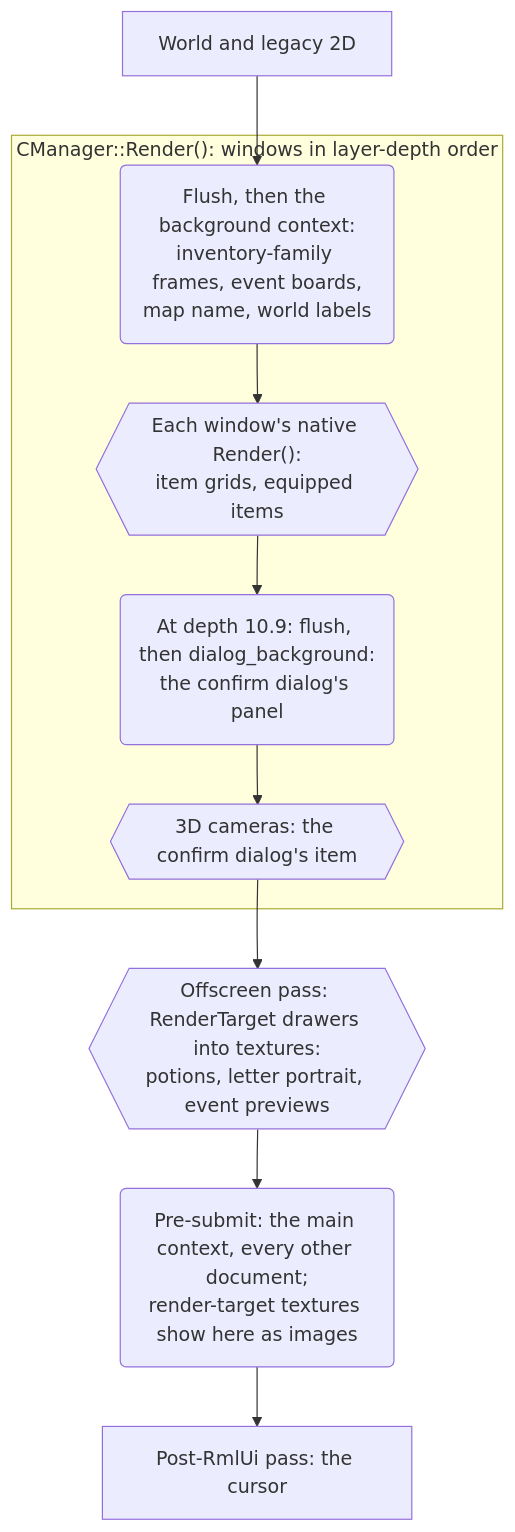
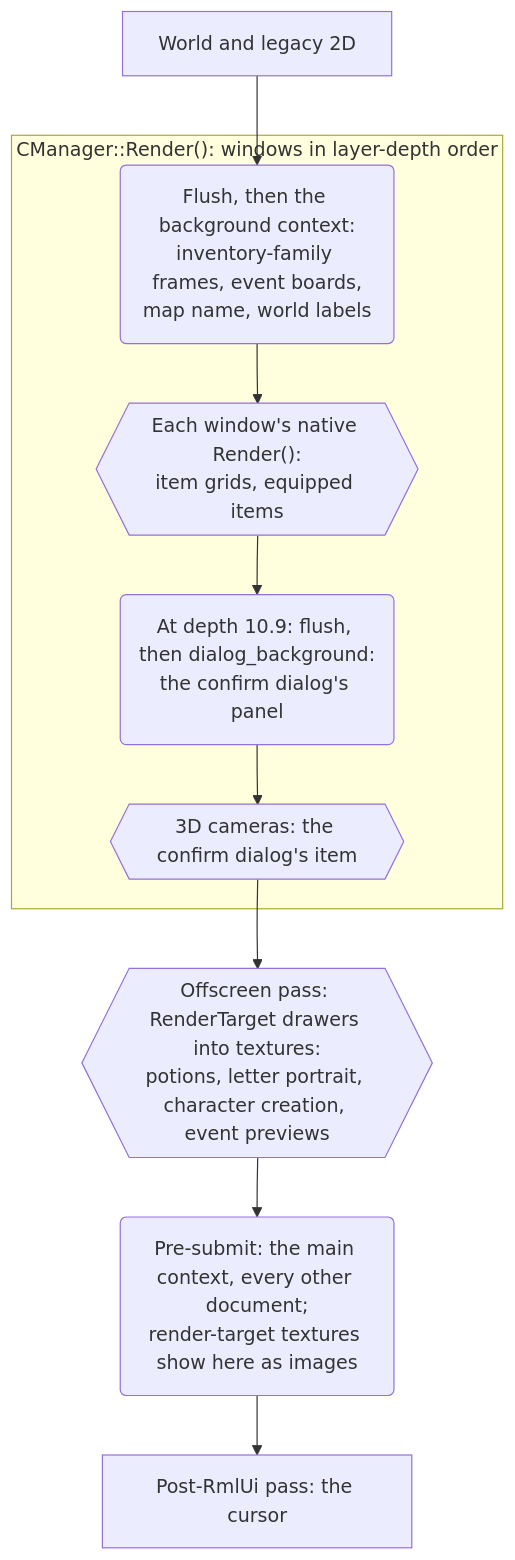
One commit to sven-n/MuMain changed the diagram in docs/rmlui-ui-system/README.md. Above: the diagram before and after it, drawn with Mermaid. The commit also changed 11 other files, not shown here.

First line of the commit message:
Draw the character-creation preview into a render target

````diff
--- a/docs/rmlui-ui-system/README.md
+++ b/docs/rmlui-ui-system/README.md
@@ -76,14 +76,14 @@
 ```mermaid
 flowchart TD
     scene["World and legacy 2D"]
     subgraph loop["CManager::Render(): windows in layer-depth order"]
         bg("Flush, then the background context:<br/>inventory-family frames, event boards,<br/>map name, world labels")
         win{{"Each window's native Render():<br/>item grids, equipped items"}}
         dlgbg("At depth 10.9: flush, then dialog_background:<br/>the confirm dialog's panel")
         cam{{"3D cameras: the confirm dialog's item"}}
     end
-    rtt{{"Offscreen pass: RenderTarget drawers into textures:<br/>potions, letter portrait, event previews"}}
+    rtt{{"Offscreen pass: RenderTarget drawers into textures:<br/>potions, letter portrait, character creation, event previews"}}
     main("Pre-submit: the main context, every other document;<br/>render-target textures show here as images")
     post["Post-RmlUi pass: the cursor"]
     scene --> bg --> win --> dlgbg --> cam --> rtt --> main --> post
 ```
````
